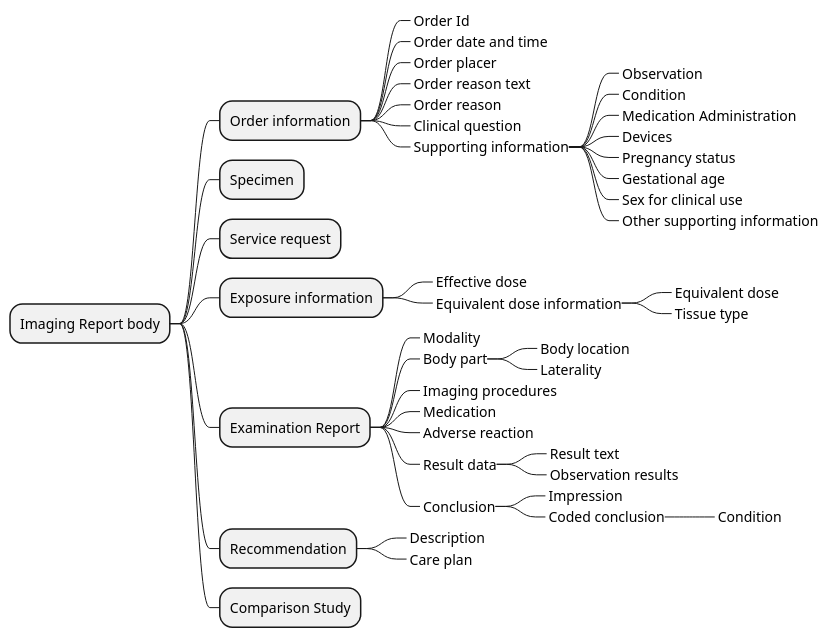
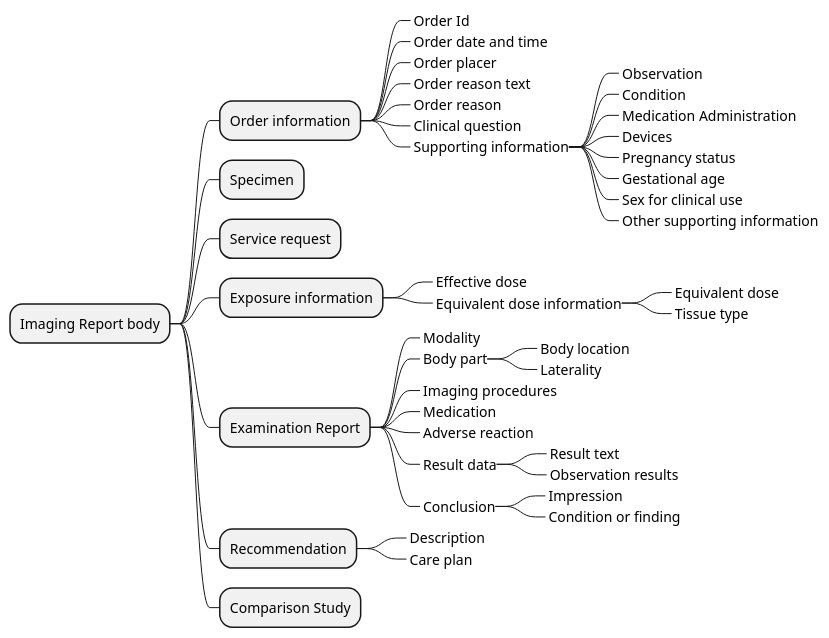
The diagram in input/images-source/imgReportBody_CIM.plantuml (Xt-EHR/xt-ehr-common), drawn with PlantUML before and after one commit.

```diff
--- a/input/images-source/imgReportBody_CIM.plantuml
+++ b/input/images-source/imgReportBody_CIM.plantuml
@@ -1,45 +1,44 @@
 @startmindmap
 * Imaging Report body
 ** Order information
 ***_ Order Id
 ***_ Order date and time
 ***_ Order placer
 ***_ Order reason text
 ***_ Order reason
 ***_ Clinical question
 ***_ Supporting information
 ****_ Observation
 ****_ Condition
 ****_ Medication Administration
 ****_ Devices
 ****_ Pregnancy status
 ****_ Gestational age
 ****_ Sex for clinical use
 ****_ Other supporting information
 ** Specimen
 ** Service request
 ** Exposure information
 ***_ Effective dose
 ***_ Equivalent dose information
 ****_ Equivalent dose
 ****_ Tissue type
 ** Examination Report
 ***_ Modality
 ***_ Body part
 ****_ Body location
 ****_ Laterality
 ***_ Imaging procedures
 ***_ Medication
 ***_ Adverse reaction
 ***_ Result data
 ****_ Result text
 ****_ Observation results
 ***_ Conclusion
 ****_ Impression
-****_ Coded conclusion
-*****_ Condition
+****_ Condition or finding
 ** Recommendation
 ***_ Description
 ***_ Care plan
 ** Comparison Study
 @endmindmap
```
